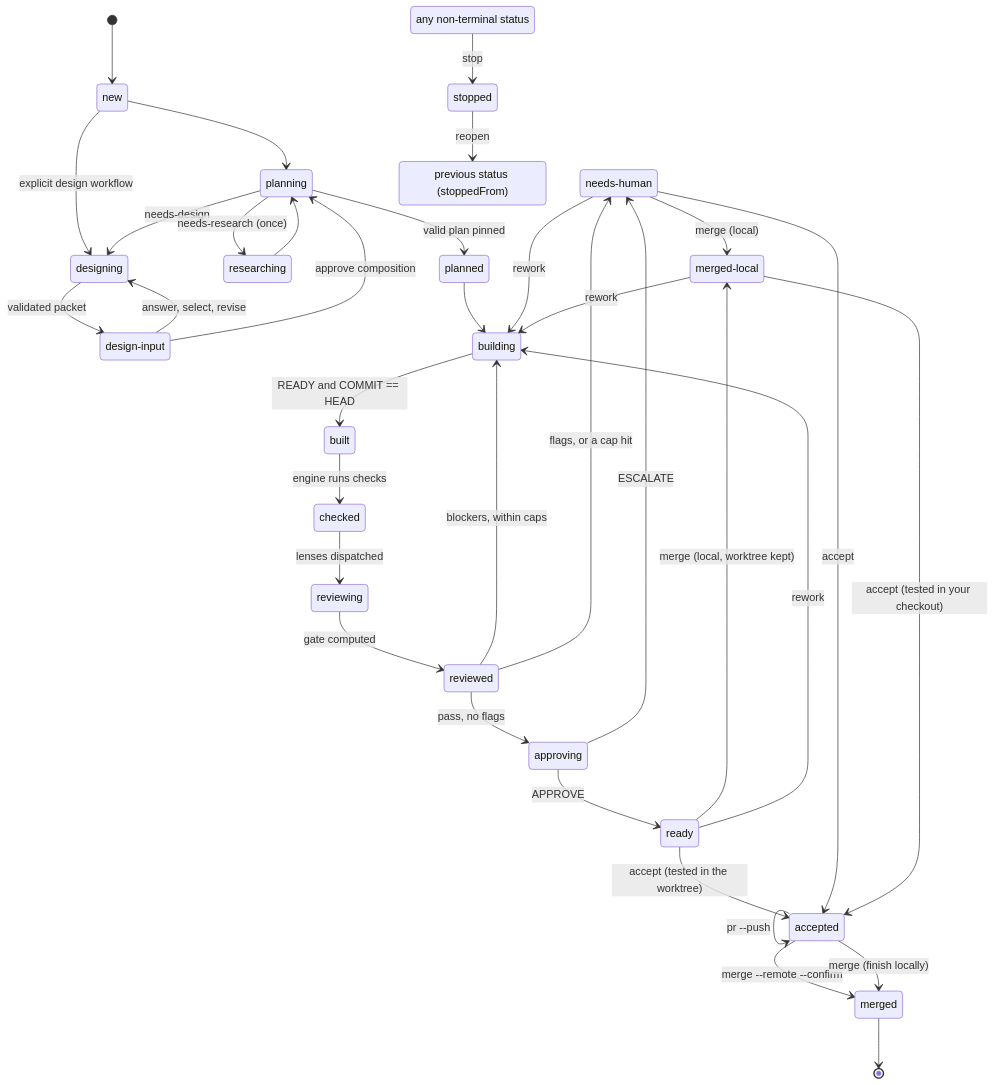
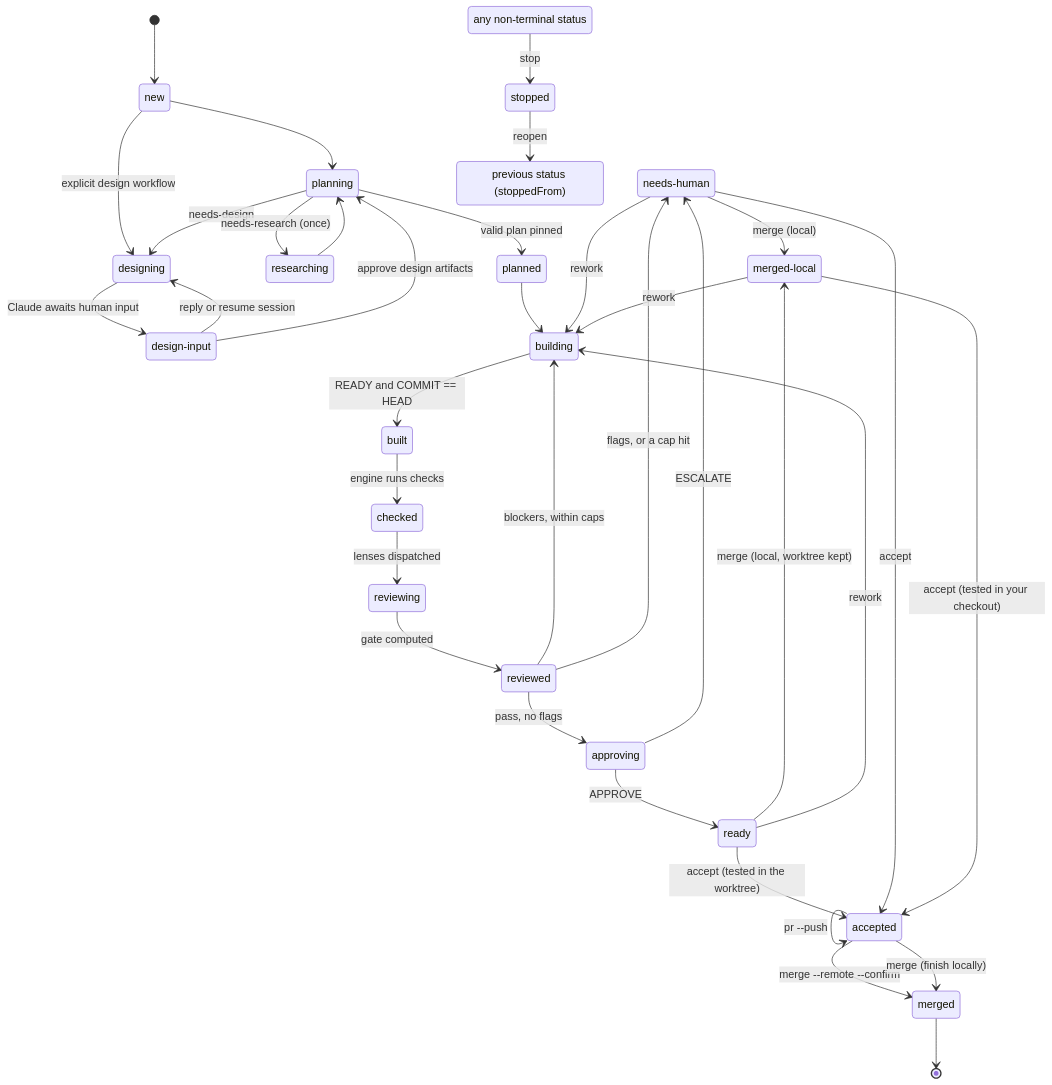
The first of 2 diagrams in sociotechnic/docs/engine-reference.md (sid-newby/sociotechnic), drawn with Mermaid before and after one commit. The commit also changed other lines of this file and 41 other files, not shown here.

````diff
--- a/sociotechnic/docs/engine-reference.md
+++ b/sociotechnic/docs/engine-reference.md
@@ -58,42 +58,42 @@
 ```mermaid
 stateDiagram-v2
   state "needs-human" as needs_human
   [*] --> new
   new --> planning
   state "design-input" as design_input
   new --> designing: explicit design workflow
   planning --> designing: needs-design
-  designing --> design_input: validated packet
-  design_input --> designing: answer, select, revise
-  design_input --> planning: approve composition
+  designing --> design_input: Claude awaits human input
+  design_input --> designing: reply or resume session
+  design_input --> planning: approve design artifacts
   planning --> researching: needs-research (once)
   researching --> planning
   planning --> planned: valid plan pinned
   planned --> building
   building --> built: READY and COMMIT == HEAD
   built --> checked: engine runs checks
   checked --> reviewing: lenses dispatched
   reviewing --> reviewed: gate computed
   reviewed --> building: blockers, within caps
   reviewed --> approving: pass, no flags
   reviewed --> needs_human: flags, or a cap hit
   approving --> ready: APPROVE
   approving --> needs_human: ESCALATE
   state "merged-local" as merged_local
   ready --> merged_local: merge (local, worktree kept)
   ready --> accepted: accept (tested in the worktree)
   ready --> building: rework
   needs_human --> merged_local: merge (local)
   needs_human --> accepted: accept
   needs_human --> building: rework
   merged_local --> accepted: accept (tested in your checkout)
   merged_local --> building: rework
   accepted --> accepted: pr --push
   accepted --> merged: merge --remote --confirm
   accepted --> merged: merge (finish locally)
   merged --> [*]
   state "previous status (stoppedFrom)" as previous
   state "any non-terminal status" as active
   active --> stopped: stop
   stopped --> previous: reopen
 ```
````
